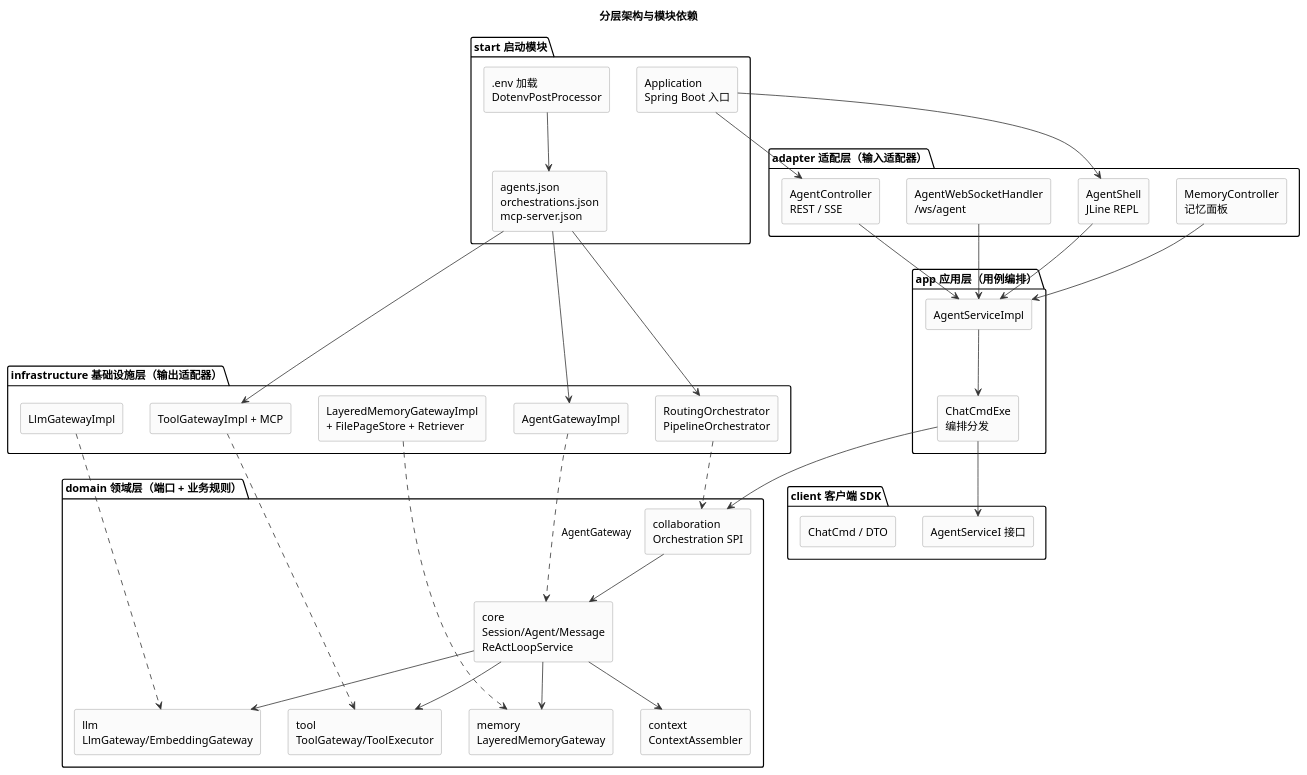
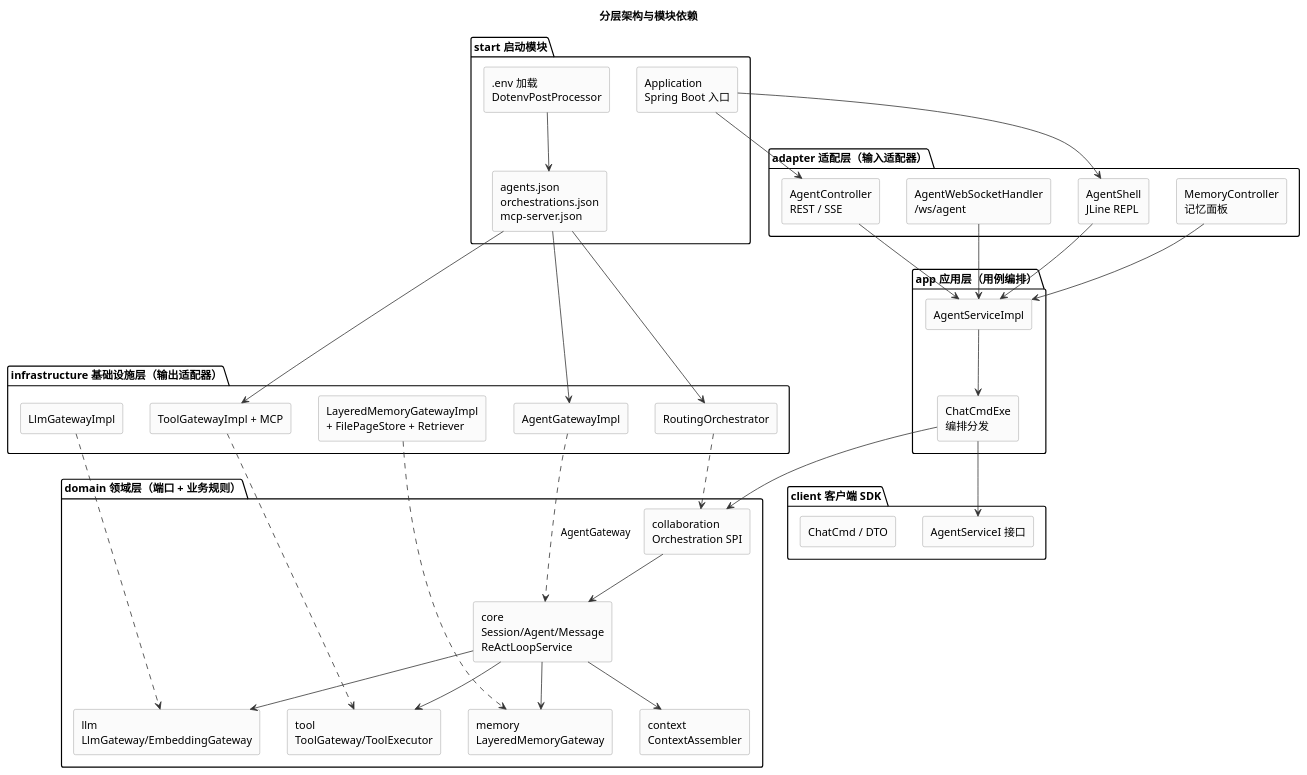
Before and after one commit to mwb1219/mwb-ai-claw: the second of 23 diagrams in mwb-ai-claw技术方案.md, drawn with PlantUML. The commit also changed other lines of this file and 30 other files, not shown here.

````diff
--- a/mwb-ai-claw技术方案.md
+++ b/mwb-ai-claw技术方案.md
@@ -130,79 +130,79 @@
 ```plantuml
 @startuml
 title 分层架构与模块依赖
 skinparam componentStyle rectangle
 skinparam component {
   BackgroundColor #FBFBFB
   BorderColor #888888
   ArrowColor #333333
 }
 
 package "start 启动模块" {
     component "Application\nSpring Boot 入口" as START
     component ".env 加载\nDotenvPostProcessor" as ENV
     component "agents.json\norchestrations.json\nmcp-server.json" as CONFIG
 }
 package "adapter 适配层（输入适配器）" {
     component "AgentController\nREST / SSE" as CTRL
     component "AgentWebSocketHandler\n/ws/agent" as WS
     component "AgentShell\nJLine REPL" as SHELL
     component "MemoryController\n记忆面板" as MEMCTRL
 }
 package "app 应用层（用例编排）" {
     component "AgentServiceImpl" as SVC
     component "ChatCmdExe\n编排分发" as EXE
 }
 package "client 客户端 SDK" {
     component "AgentServiceI 接口" as API
     component "ChatCmd / DTO" as DTO
 }
 package "domain 领域层（端口 + 业务规则）" {
     component "core\nSession/Agent/Message\nReActLoopService" as CORE
     component "collaboration\nOrchestration SPI" as COLLAB
     component "context\nContextAssembler" as CTX
     component "llm\nLlmGateway/EmbeddingGateway" as LLM_PORT
     component "tool\nToolGateway/ToolExecutor" as TOOL_PORT
     component "memory\nLayeredMemoryGateway" as MEM_PORT
 }
 package "infrastructure 基础设施层（输出适配器）" {
     component "LlmGatewayImpl" as ILLM
     component "ToolGatewayImpl + MCP" as ITOOL
     component "LayeredMemoryGatewayImpl\n+ FilePageStore + Retriever" as IMEM
     component "AgentGatewayImpl" as ICORE
-    component "RoutingOrchestrator\nPipelineOrchestrator" as ICOLLAB
+    component "RoutingOrchestrator" as ICOLLAB
 }
 
 ' 输入适配器 → 应用层
 CTRL --> SVC
 WS --> SVC
 SHELL --> SVC
 MEMCTRL --> SVC
 
 ' 应用层 → 领域端口
 SVC --> EXE
 EXE --> COLLAB
 EXE --> API
 
 ' 领域内部
 COLLAB --> CORE
 CORE --> CTX
 CORE --> LLM_PORT
 CORE --> TOOL_PORT
 CORE --> MEM_PORT
 
 ' 输出适配器实现端口（依赖倒置：infrastructure → domain）
 ILLM ..> LLM_PORT
 ITOOL ..> TOOL_PORT
 IMEM ..> MEM_PORT
 ICORE ..> CORE : AgentGateway
 ICOLLAB ..> COLLAB
 
 ' 启动配置
 START --> CTRL
 START --> SHELL
 ENV --> CONFIG
 CONFIG --> ICORE
 CONFIG --> ICOLLAB
 CONFIG --> ITOOL
 @enduml
 ```
````
